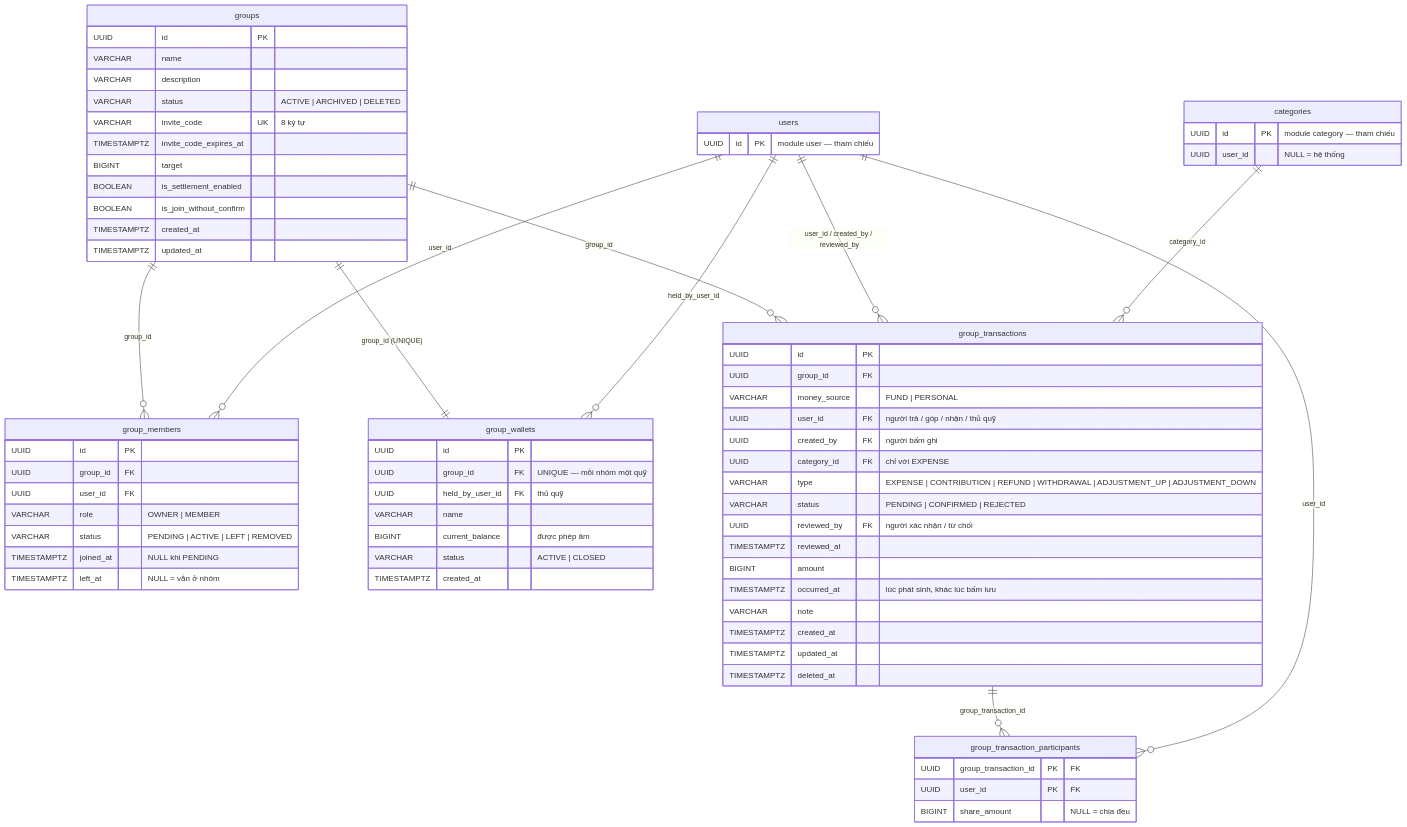
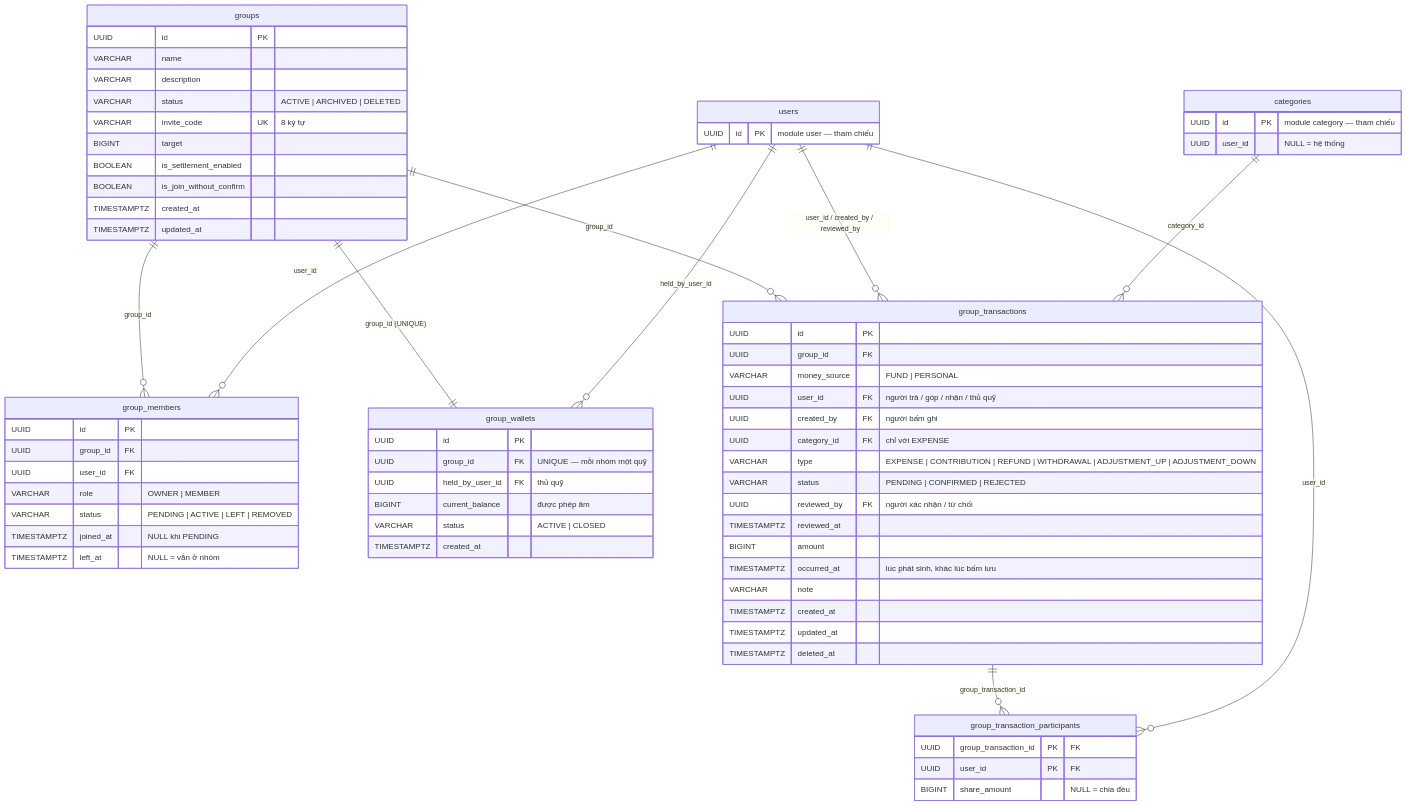
Before and after one commit to dungcony/my_server_finance: the second of 2 diagrams in docs/thiet-ke-group/lop-thuc-the.md, drawn with Mermaid. The commit also changed other lines of this file and 190 other files, not shown here.

````diff
--- a/docs/thiet-ke-group/lop-thuc-the.md
+++ b/docs/thiet-ke-group/lop-thuc-the.md
@@ -182,80 +177,78 @@
 ```mermaid
 erDiagram
     groups ||--o{ group_members: "group_id"
     users ||--o{ group_members: "user_id"
     groups ||--|| group_wallets: "group_id (UNIQUE)"
     users ||--o{ group_wallets: "held_by_user_id"
     groups ||--o{ group_transactions: "group_id"
     users ||--o{ group_transactions: "user_id / created_by / reviewed_by"
     categories ||--o{ group_transactions: "category_id"
     group_transactions ||--o{ group_transaction_participants: "group_transaction_id"
     users ||--o{ group_transaction_participants: "user_id"
 
     groups {
         UUID id PK
         VARCHAR name
         VARCHAR description
         VARCHAR status "ACTIVE | ARCHIVED | DELETED"
         VARCHAR invite_code UK "8 ký tự"
-        TIMESTAMPTZ invite_code_expires_at
         BIGINT target
         BOOLEAN is_settlement_enabled
         BOOLEAN is_join_without_confirm
         TIMESTAMPTZ created_at
         TIMESTAMPTZ updated_at
     }
 
     group_members {
         UUID id PK
         UUID group_id FK
         UUID user_id FK
         VARCHAR role "OWNER | MEMBER"
         VARCHAR status "PENDING | ACTIVE | LEFT | REMOVED"
         TIMESTAMPTZ joined_at "NULL khi PENDING"
         TIMESTAMPTZ left_at "NULL = vẫn ở nhóm"
     }
 
     group_wallets {
         UUID id PK
         UUID group_id FK "UNIQUE — mỗi nhóm một quỹ"
         UUID held_by_user_id FK "thủ quỹ"
-        VARCHAR name
         BIGINT current_balance "được phép âm"
         VARCHAR status "ACTIVE | CLOSED"
         TIMESTAMPTZ created_at
     }
 
     group_transactions {
         UUID id PK
         UUID group_id FK
         VARCHAR money_source "FUND | PERSONAL"
         UUID user_id FK "người trả / góp / nhận / thủ quỹ"
         UUID created_by FK "người bấm ghi"
         UUID category_id FK "chỉ với EXPENSE"
         VARCHAR type "EXPENSE | CONTRIBUTION | REFUND | WITHDRAWAL | ADJUSTMENT_UP | ADJUSTMENT_DOWN"
         VARCHAR status "PENDING | CONFIRMED | REJECTED"
         UUID reviewed_by FK "người xác nhận / từ chối"
         TIMESTAMPTZ reviewed_at
         BIGINT amount
         TIMESTAMPTZ occurred_at "lúc phát sinh, khác lúc bấm lưu"
         VARCHAR note
         TIMESTAMPTZ created_at
         TIMESTAMPTZ updated_at
         TIMESTAMPTZ deleted_at
     }
 
     group_transaction_participants {
         UUID group_transaction_id PK "FK"
         UUID user_id PK "FK"
         BIGINT share_amount "NULL = chia đều"
     }
 
     users {
         UUID id PK "module user — tham chiếu"
     }
 
     categories {
         UUID id PK "module category — tham chiếu"
         UUID user_id "NULL = hệ thống"
     }
 ```
````
